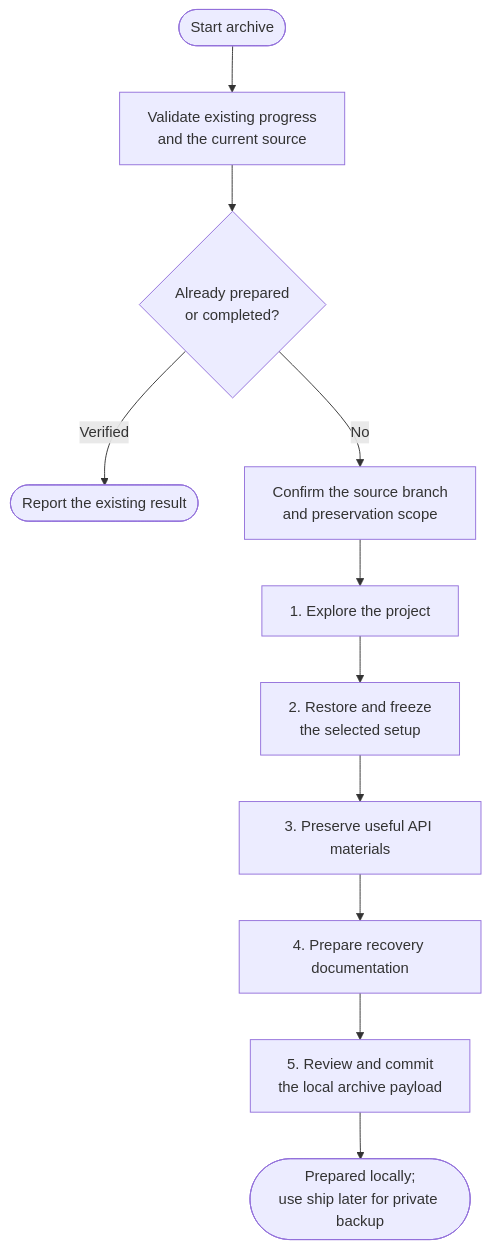
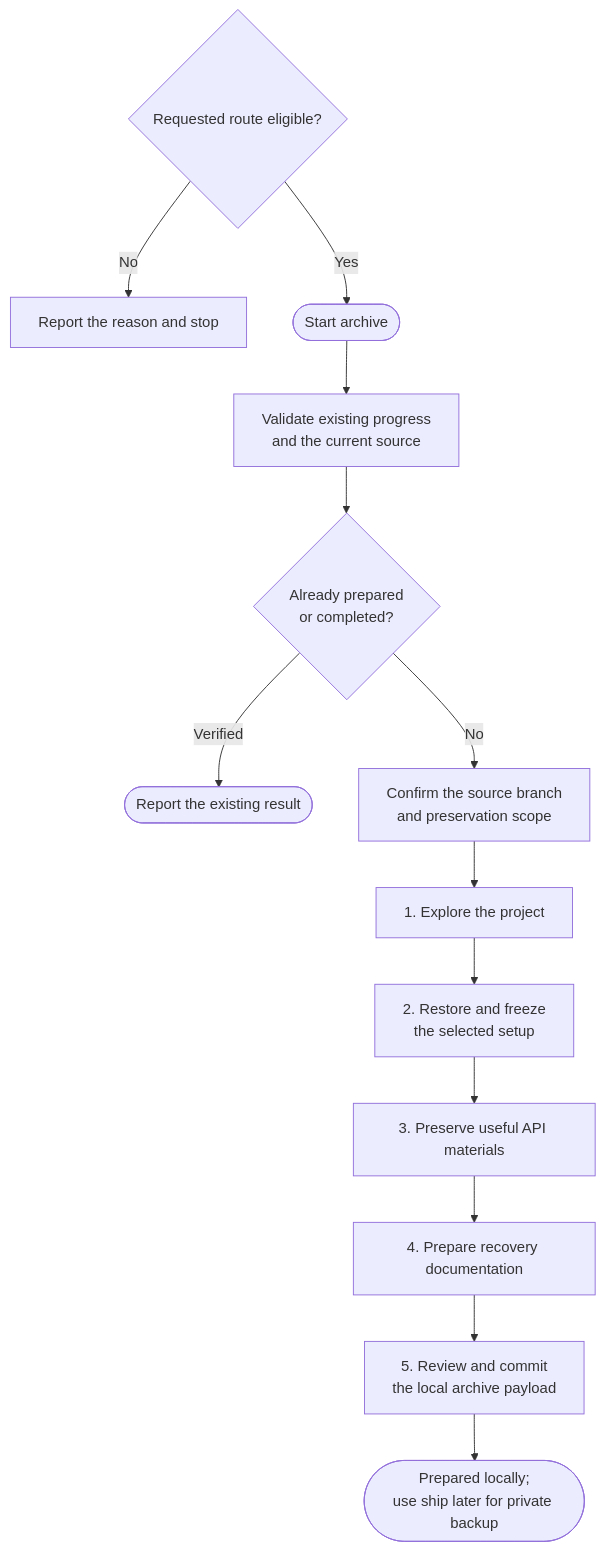
The diagram in docs/commands/archive/detailed.md (myowinthein/agent-helm), drawn with Mermaid before and after one commit. The commit also changed other lines of this file and 45 other files, not shown here.

````diff
--- a/docs/commands/archive/detailed.md
+++ b/docs/commands/archive/detailed.md
@@ -22,13 +22,15 @@
 ```mermaid
 flowchart TD
+  Entry{"Requested route eligible?"} -->|No| Blocked["Report the reason and stop"]
+  Entry -->|Yes| Start
   Start(["Start archive"]) --> Progress["Validate existing progress<br/>and the current source"]
   Progress --> Done{"Already prepared<br/>or completed?"}
   Done -->|Verified| Existing(["Report the existing result"])
   Done -->|No| Branch["Confirm the source branch<br/>and preservation scope"]
   Branch --> Explore["1. Explore the project"]
   Explore --> Restore["2. Restore and freeze<br/>the selected setup"]
   Restore --> API["3. Preserve useful API materials"]
   API --> Docs["4. Prepare recovery documentation"]
   Docs --> Payload["5. Review and commit<br/>the local archive payload"]
   Payload --> End(["Prepared locally;<br/>use ship later for private backup"])
 ```
````
